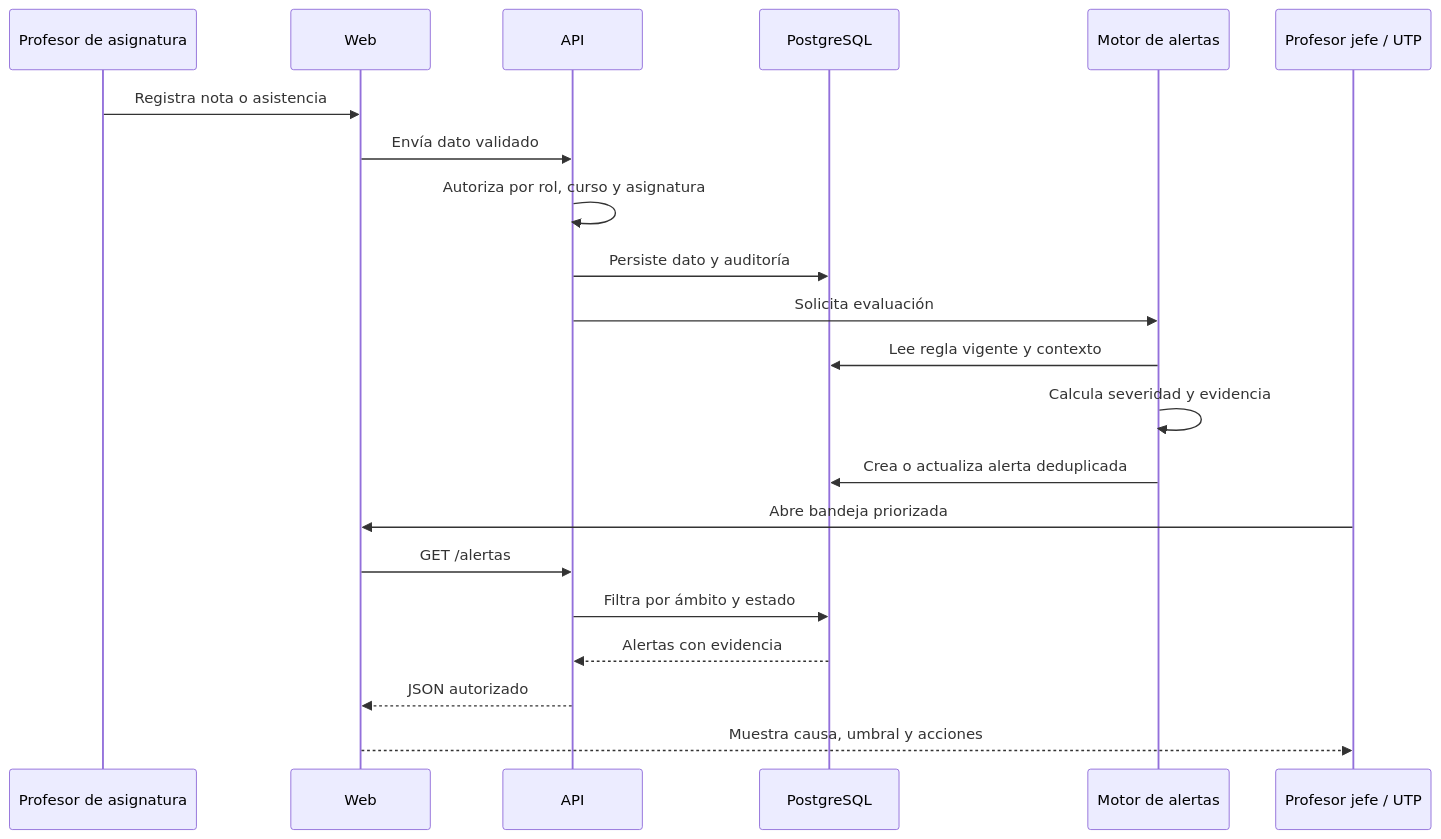
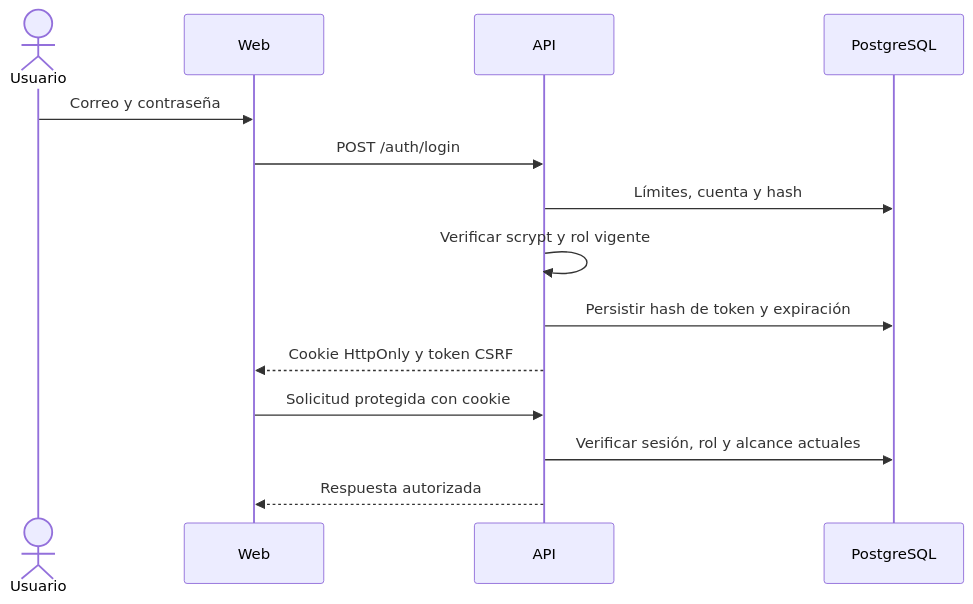
One commit to joellopez775/SIGAA-Capstone-2026 changed the first of 6 diagrams in Fase 2/Evidencias Proyecto/SIGAA/docs/design/03-uml-casos-de-uso.md. Above: the diagram before and after it, drawn with Mermaid. The commit also changed other lines of this file and 43 other files, not shown here.

Commit message:
Completa avisos y portal estudiante; verifica Docker y actualiza UML

````diff
--- a/Fase 2/Evidencias Proyecto/SIGAA/docs/design/03-uml-casos-de-uso.md
+++ b/Fase 2/Evidencias Proyecto/SIGAA/docs/design/03-uml-casos-de-uso.md
@@ -60,24 +24,16 @@
 ```mermaid
 sequenceDiagram
-    participant D as Profesor de asignatura
+    actor U as Usuario
     participant W as Web
     participant A as API
     participant B as PostgreSQL
-    participant M as Motor de alertas
-    participant C as Profesor jefe / UTP
-
-    D->>W: Registra nota o asistencia
-    W->>A: Envía dato validado
-    A->>A: Autoriza por rol, curso y asignatura
-    A->>B: Persiste dato y auditoría
-    A->>M: Solicita evaluación
-    M->>B: Lee regla vigente y contexto
-    M->>M: Calcula severidad y evidencia
-    M->>B: Crea o actualiza alerta deduplicada
-    C->>W: Abre bandeja priorizada
-    W->>A: GET /alertas
-    A->>B: Filtra por ámbito y estado
-    B-->>A: Alertas con evidencia
-    A-->>W: JSON autorizado
-    W-->>C: Muestra causa, umbral y acciones
+    U->>W: Correo y contraseña
+    W->>A: POST /auth/login
+    A->>B: Límites, cuenta y hash
+    A->>A: Verificar scrypt y rol vigente
+    A->>B: Persistir hash de token y expiración
+    A-->>W: Cookie HttpOnly y token CSRF
+    W->>A: Solicitud protegida con cookie
+    A->>B: Verificar sesión, rol y alcance actuales
+    A-->>W: Respuesta autorizada
 ```
````
